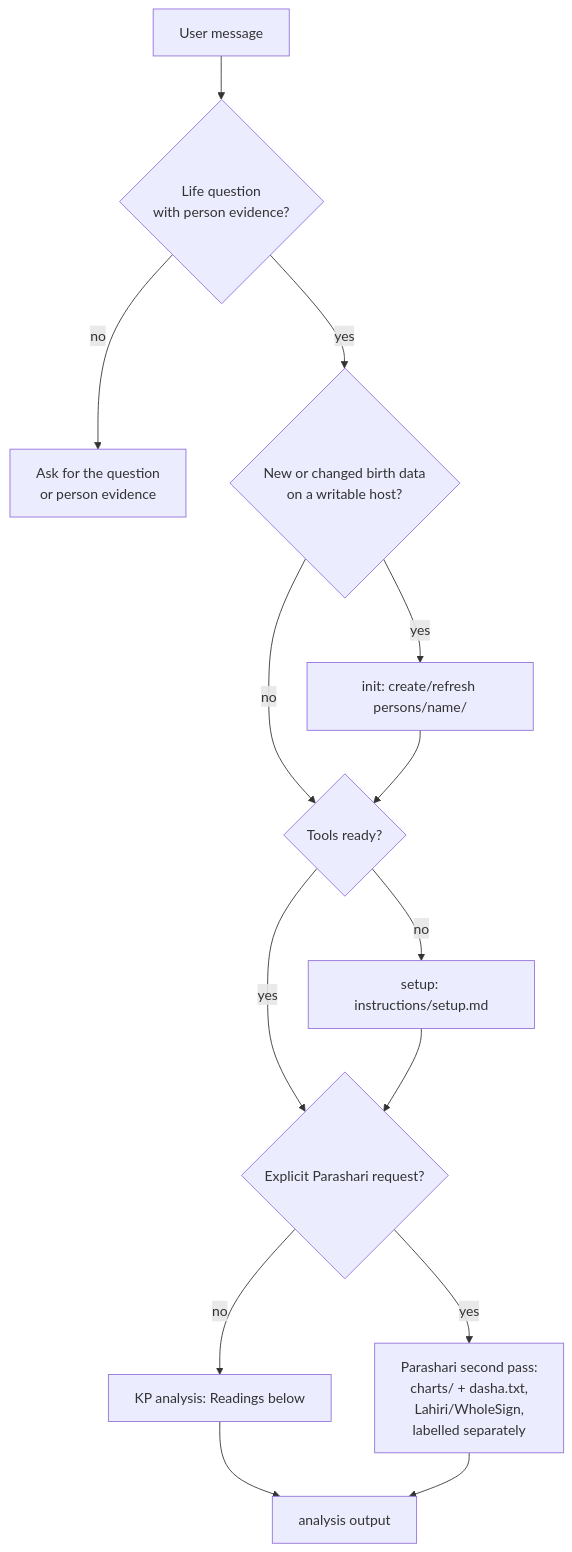
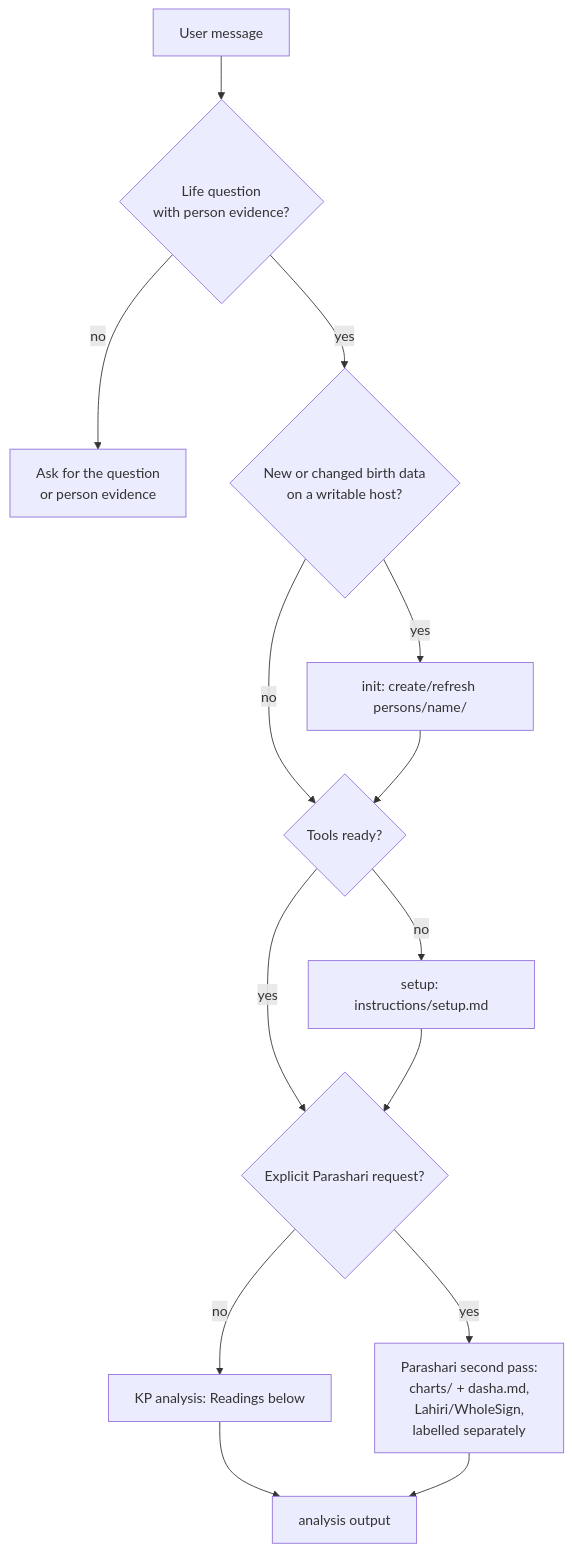
One commit to thaletto/ascendant-agents changed the first of 2 diagrams in .grok/skills/ascendant/SKILL.md. Above: the diagram before and after it, drawn with Mermaid. The commit also changed other lines of this file and 114 other files, not shown here.

````diff
--- a/.grok/skills/ascendant/SKILL.md
+++ b/.grok/skills/ascendant/SKILL.md
@@ -18,16 +18,16 @@
 ```mermaid
 flowchart TD
     MSG[User message] --> Q1{Life question\nwith person evidence?}
     Q1 -- no --> ASK[Ask for the question\nor person evidence]
     Q1 -- yes --> Q2{New or changed birth data\non a writable host?}
     Q2 -- yes --> INIT[init: create/refresh persons/name/]
     Q2 -- no --> Q3{Tools ready?}
     INIT --> Q3
     Q3 -- no --> SETUP[setup: instructions/setup.md]
     Q3 -- yes --> Q4{Explicit Parashari request?}
     SETUP --> Q4
-    Q4 -- yes --> PARA[Parashari second pass:\ncharts/ + dasha.txt,\nLahiri/WholeSign,\nlabelled separately]
+    Q4 -- yes --> PARA[Parashari second pass:\ncharts/ + dasha.md,\nLahiri/WholeSign,\nlabelled separately]
     Q4 -- no --> KP[KP analysis: Readings below]
     KP --> OUT[analysis output]
     PARA --> OUT
 ```
````
